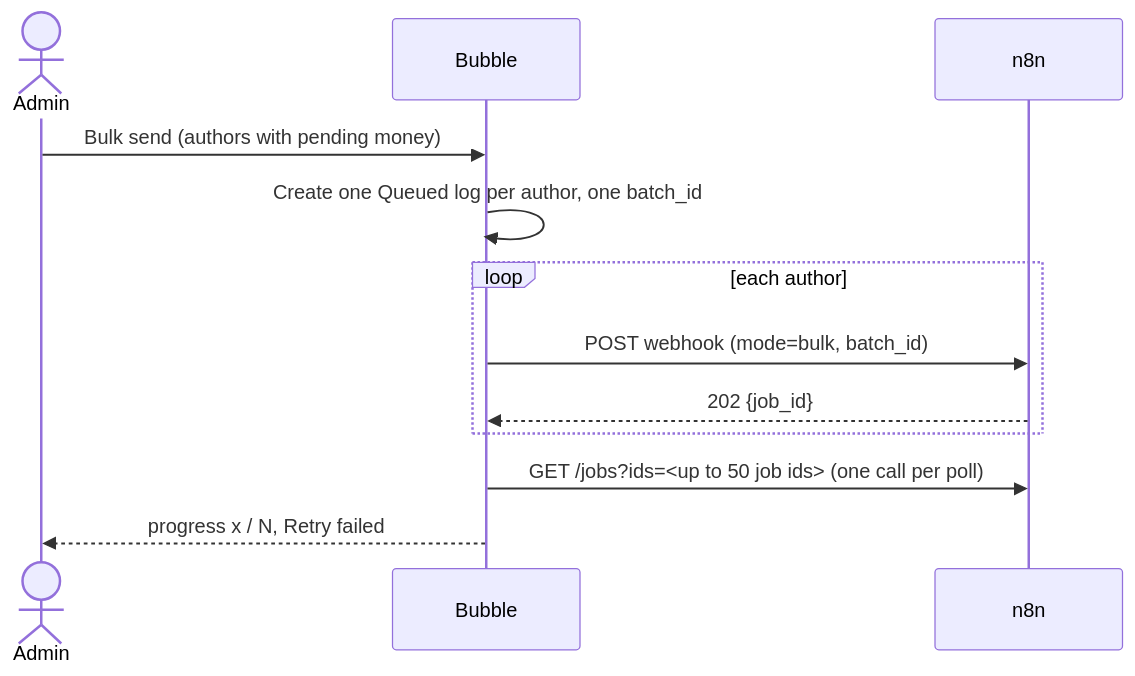
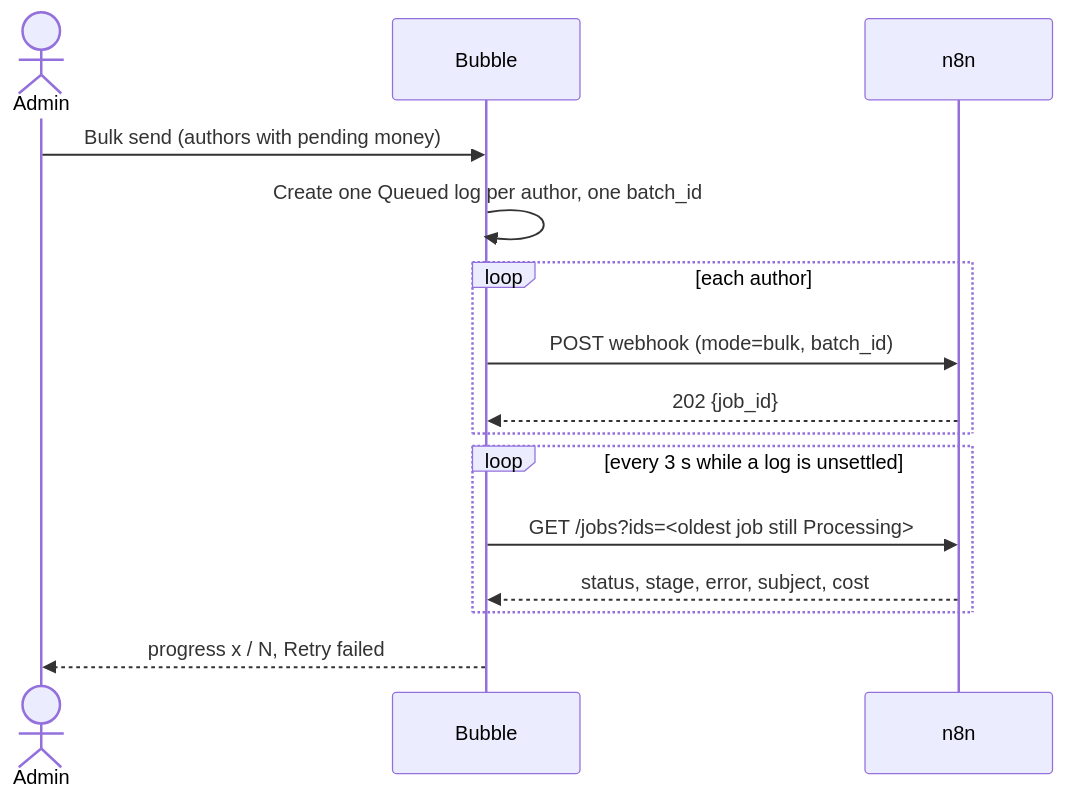
The third of 3 diagrams in docs/integration.md (akshykmratloop/bookleaf-royalty-automation), drawn with Mermaid before and after one commit. The commit also changed other lines of this file and 6 other files, not shown here.

First line of the commit message:
docs(docs): pull-only design, current schema, prompt excerpt, measured cost, honest learning log

````diff
--- a/docs/integration.md
+++ b/docs/integration.md
@@ -75,14 +75,17 @@
 ```mermaid
 sequenceDiagram
   actor Admin
   participant Bub as Bubble
   participant N8 as n8n
   Admin->>Bub: Bulk send (authors with pending money)
   Bub->>Bub: Create one Queued log per author, one batch_id
   loop each author
     Bub->>N8: POST webhook (mode=bulk, batch_id)
     N8-->>Bub: 202 {job_id}
   end
-  Bub->>N8: GET /jobs?ids=<up to 50 job ids> (one call per poll)
+  loop every 3 s while a log is unsettled
+    Bub->>N8: GET /jobs?ids=<oldest job still Processing>
+    N8-->>Bub: status, stage, error, subject, cost
+  end
   Bub-->>Admin: progress x / N, Retry failed
 ```
````
